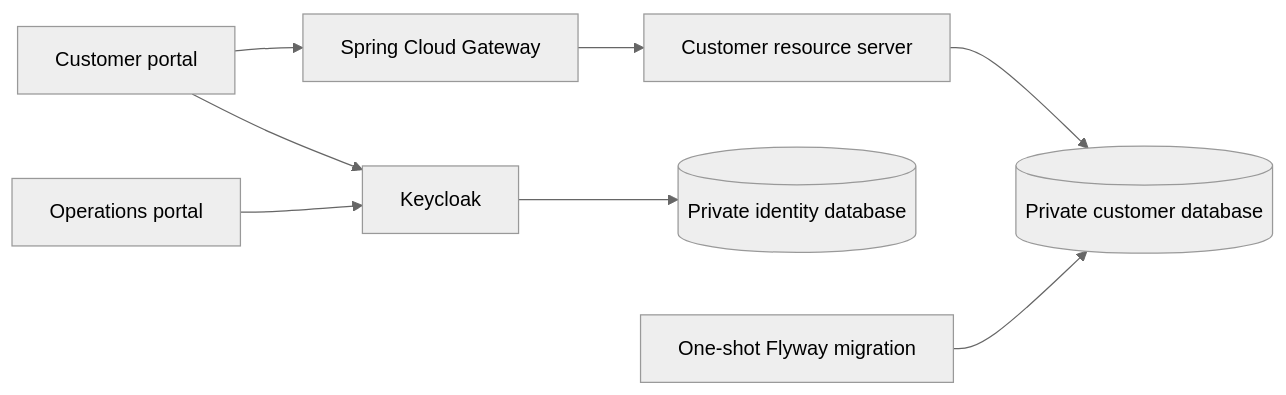
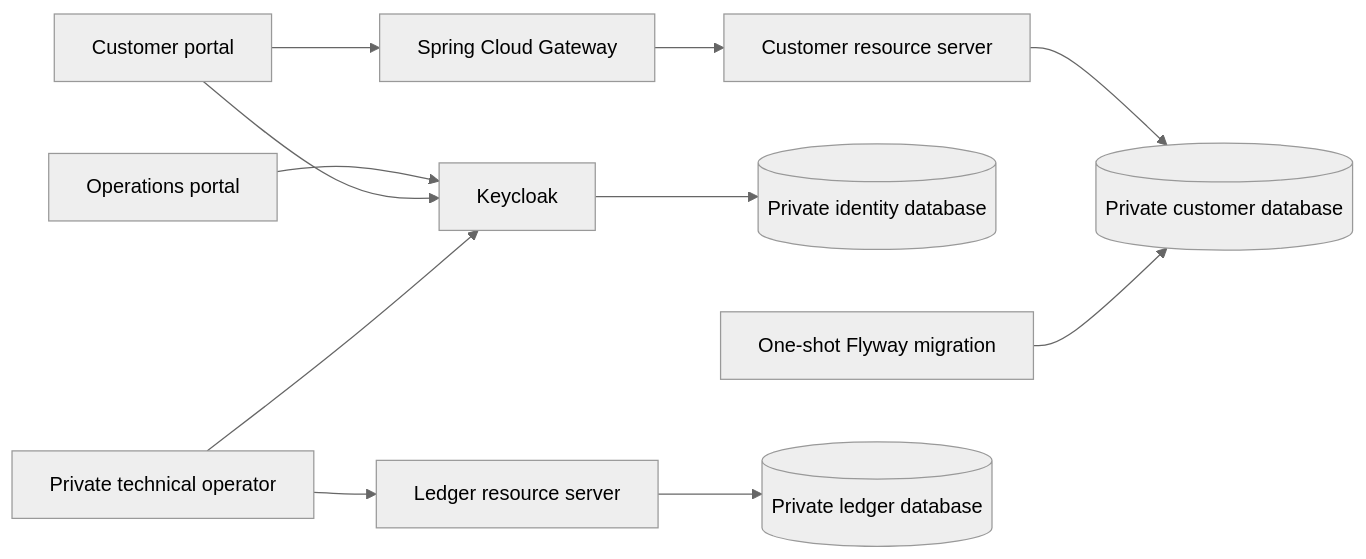
One commit to ABDOUUisHERE/FinCore-Bank changed the diagram in README.md. Above: the diagram before and after it, drawn with Mermaid (neutral theme). The commit also changed other lines of this file and 31 other files, not shown here.

Commit message:
feat(ledger): add atomic double-entry kernel and private technical API

````diff
--- a/README.md
+++ b/README.md
@@ -29,10 +30,13 @@
 ```mermaid
 flowchart LR
   Customer[Customer portal] --> Gateway[Spring Cloud Gateway]
   Admin[Operations portal] --> Keycloak
   Customer --> Keycloak
   Gateway --> Service[Customer resource server]
   Service --> CDB[(Private customer database)]
   Keycloak --> KDB[(Private identity database)]
   Migration[One-shot Flyway migration] --> CDB
+  Operator[Private technical operator] --> Ledger[Ledger resource server]
+  Ledger --> LDB[(Private ledger database)]
+  Operator --> Keycloak
 ```
````
